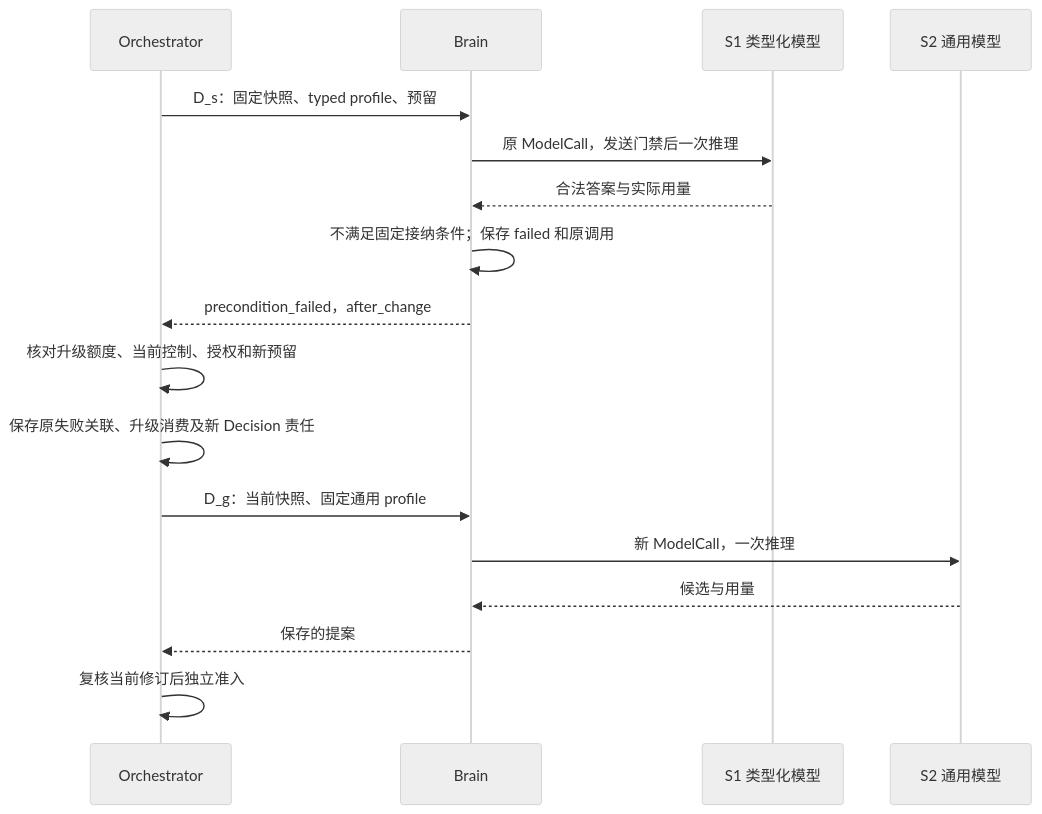
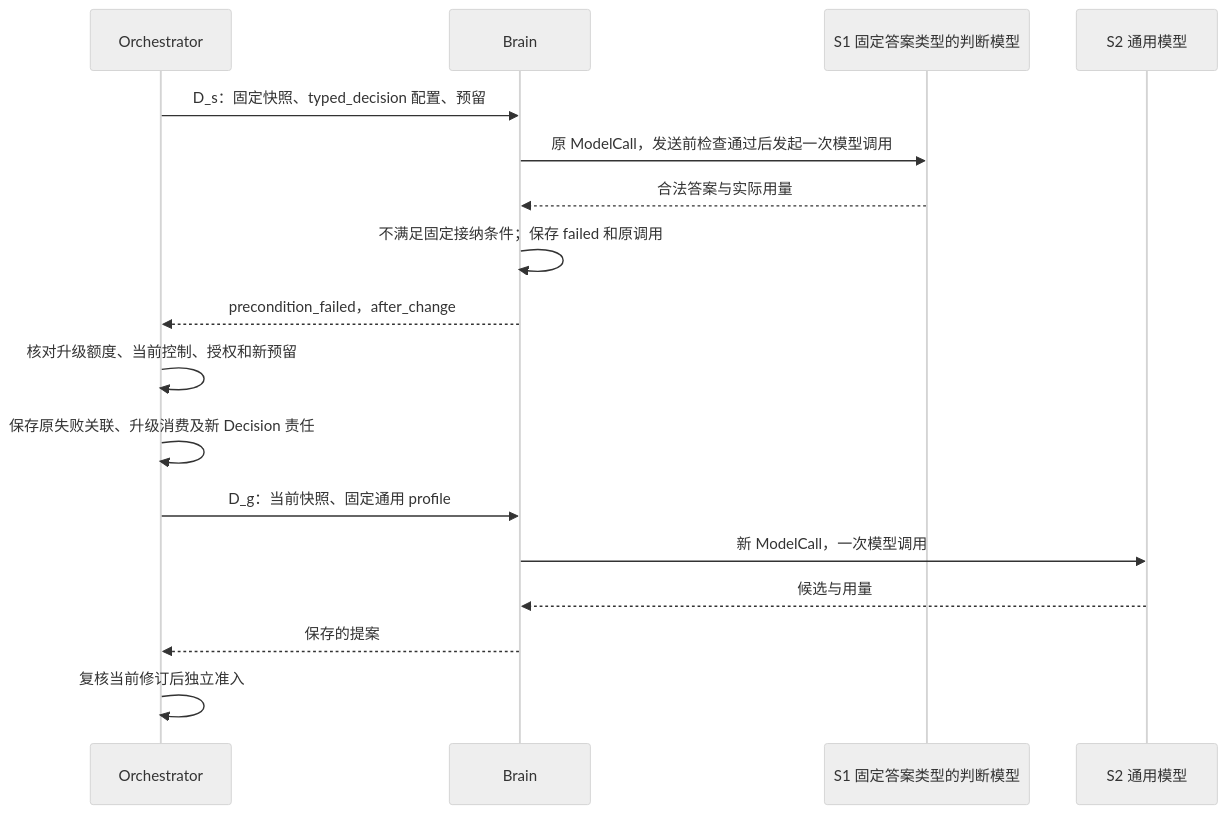
One commit to ruipengliu/lerna changed the second of 2 diagrams in docs/architecture/brain/decision-paths.md. Above: the diagram before and after it, drawn with Mermaid (neutral theme). The commit also changed other lines of this file and 205 other files, not shown here.

Commit message:
docs: unify architecture terminology

````diff
--- a/docs/architecture/brain/decision-paths.md
+++ b/docs/architecture/brain/decision-paths.md
@@ -130,19 +134,19 @@
 ```mermaid
 sequenceDiagram
     participant H as Orchestrator
     participant B as Brain
-    participant S as S1 类型化模型
+    participant S as S1 固定答案类型的判断模型
     participant G as S2 通用模型
-    H->>B: D_s：固定快照、typed profile、预留
-    B->>S: 原 ModelCall，发送门禁后一次推理
+    H->>B: D_s：固定快照、typed_decision 配置、预留
+    B->>S: 原 ModelCall，发送前检查通过后发起一次模型调用
     S-->>B: 合法答案与实际用量
     B->>B: 不满足固定接纳条件；保存 failed 和原调用
     B-->>H: precondition_failed，after_change
     H->>H: 核对升级额度、当前控制、授权和新预留
     H->>H: 保存原失败关联、升级消费及新 Decision 责任
     H->>B: D_g：当前快照、固定通用 profile
-    B->>G: 新 ModelCall，一次推理
+    B->>G: 新 ModelCall，一次模型调用
     G-->>B: 候选与用量
     B-->>H: 保存的提案
     H->>H: 复核当前修订后独立准入
 ```
````
